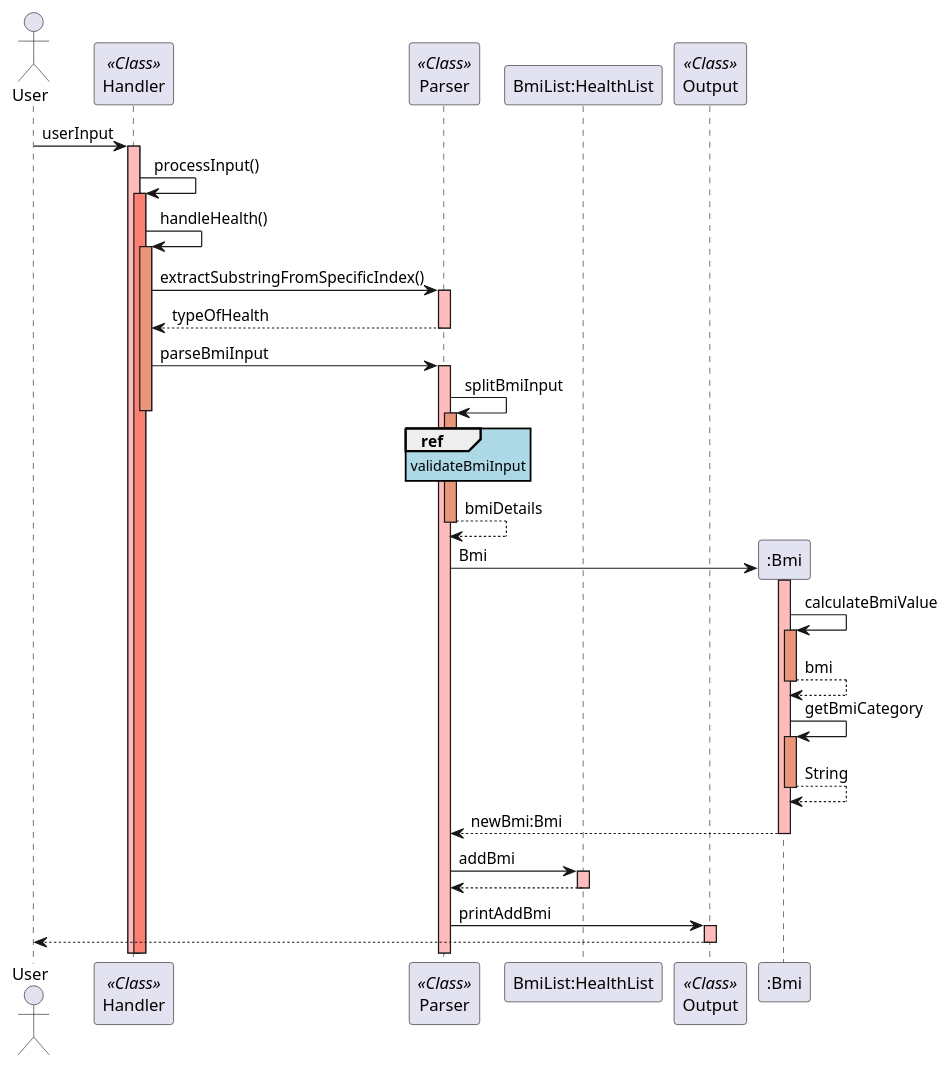
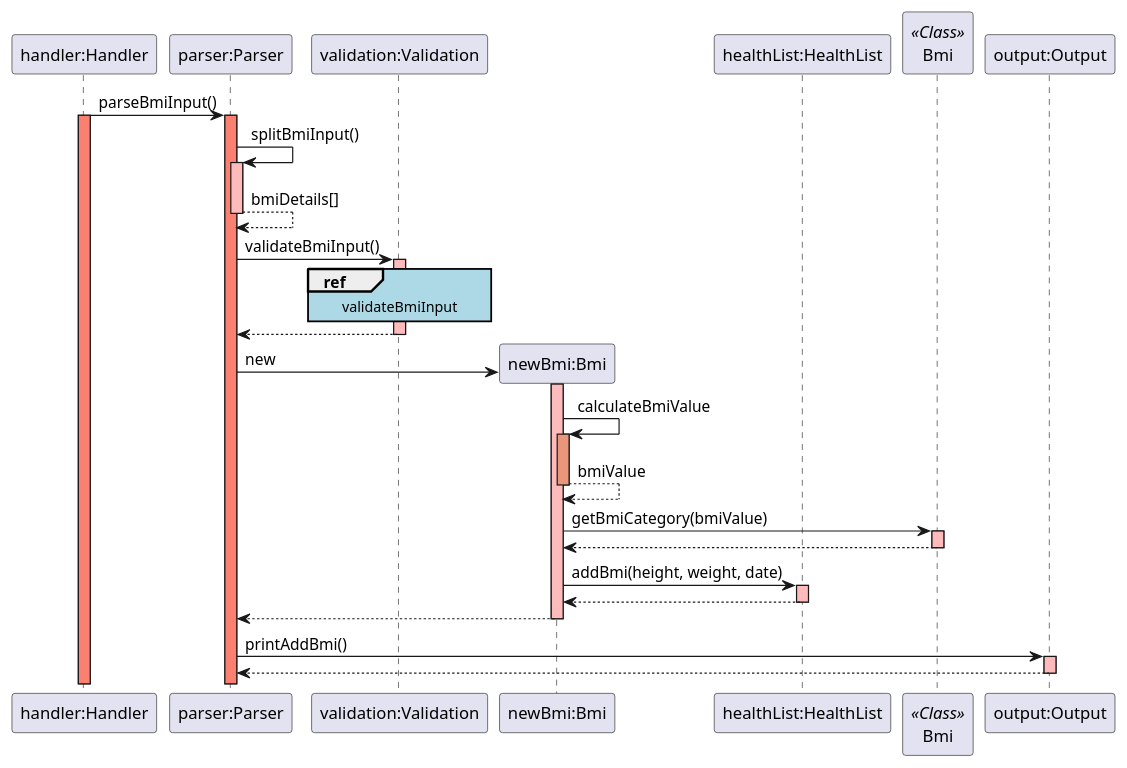
The diagram in docs/puml/sequence_diagrams/bmi_sequence.puml (rouvinerh/tp), drawn with PlantUML before and after one commit. The commit also changed 4 other files, not shown here.

```diff
--- a/docs/puml/sequence_diagrams/bmi_sequence.puml
+++ b/docs/puml/sequence_diagrams/bmi_sequence.puml
@@ -1,56 +1,52 @@
 @startuml
 
 skinparam sequenceReferenceBackgroundColor lightblue
-actor User
-participant Handler as Handler << Class >>
-participant Parser as Parser << Class >>
-participant HealthList as "BmiList:HealthList"
-participant Output as Output << Class >>
+participant "handler:Handler" as Handler
+participant "parser:Parser" as Parser
+participant "validation:Validation" as Validation
+participant "newBmi:Bmi" as NBmi
+participant "healthList:HealthList" as HealthList
+participant "Bmi" as Bmi << Class>>
+participant "output:Output" as Output
 
-User -> Handler: userInput
-activate Handler #FFBBBB
-Handler -> Handler : processInput()
-activate Handler #Salmon
-Handler -> Handler : handleHealth()
+Handler -> Parser: parseBmiInput()
+activate Handler #salmon
+activate Parser #salmon
 
-activate Handler #DarkSalmon
-Handler -> Parser  : extractSubstringFromSpecificIndex()
-activate Parser  #FFBBBB
-Parser  --> Handler : typeOfHealth
-deactivate Parser  #FFBBBB
+Parser -> Parser: splitBmiInput()
+activate Parser #FFBBBB
+Parser --> Parser: bmiDetails[]
+deactivate Parser #FFBBBB
 
-Handler -> Parser : parseBmiInput
-activate Parser  #FFBBBB
-Parser -> Parser : splitBmiInput
-activate Parser  #DarkSalmon
-ref over Parser: validateBmiInput
+Parser -> Validation: validateBmiInput()
+activate Validation #FFBBBB
+ref over Validation: validateBmiInput
+Validation --> Parser:
+deactivate Validation
 
-deactivate Handler  #FFBBBB
-Parser --> Parser : bmiDetails
-deactivate Parser  #DarkSalmon
+Parser -> NBmi **: new
+activate NBmi #FFBBBB
+NBmi -> NBmi: calculateBmiValue
+activate NBmi #DarkSalmon
+NBmi --> NBmi: bmiValue
+deactivate NBmi #DarkSalmon
 
-Parser -> ":Bmi" ** : Bmi
-activate ":Bmi" #FFBBBB
-":Bmi" -> ":Bmi" : calculateBmiValue
-activate ":Bmi" #DarkSalmon
-":Bmi" --> ":Bmi" : bmi
-deactivate ":Bmi" #DarkSalmon
+NBmi -> Bmi: getBmiCategory(bmiValue)
+activate Bmi #FFBBBB
+Bmi --> NBmi:
+deactivate Bmi #FFBBBB
 
-":Bmi" -> ":Bmi" : getBmiCategory
-activate ":Bmi" #DarkSalmon
-":Bmi" --> ":Bmi" : String
-deactivate ":Bmi" #DarkSalmon
-":Bmi" --> Parser : newBmi:Bmi
-deactivate ":Bmi" #FFBBBB
+NBmi -> HealthList: addBmi(height, weight, date)
+activate HealthList #FFBBBB
+HealthList --> NBmi:
+deactivate HealthList #FFBBBB
 
-Parser -> HealthList : addBmi
-activate HealthList  #FFBBBB
-HealthList --> Parser :
-deactivate HealthList  #FFBBBB
+NBmi --> Parser:
+deactivate NBmi #FFBBBB
 
-Parser -> Output : printAddBmi
+Parser -> Output: printAddBmi()
 activate Output #FFBBBB
-Output --> User :
+Output --> Parser:
 deactivate Output #FFBBBB
 
 @enduml
```
